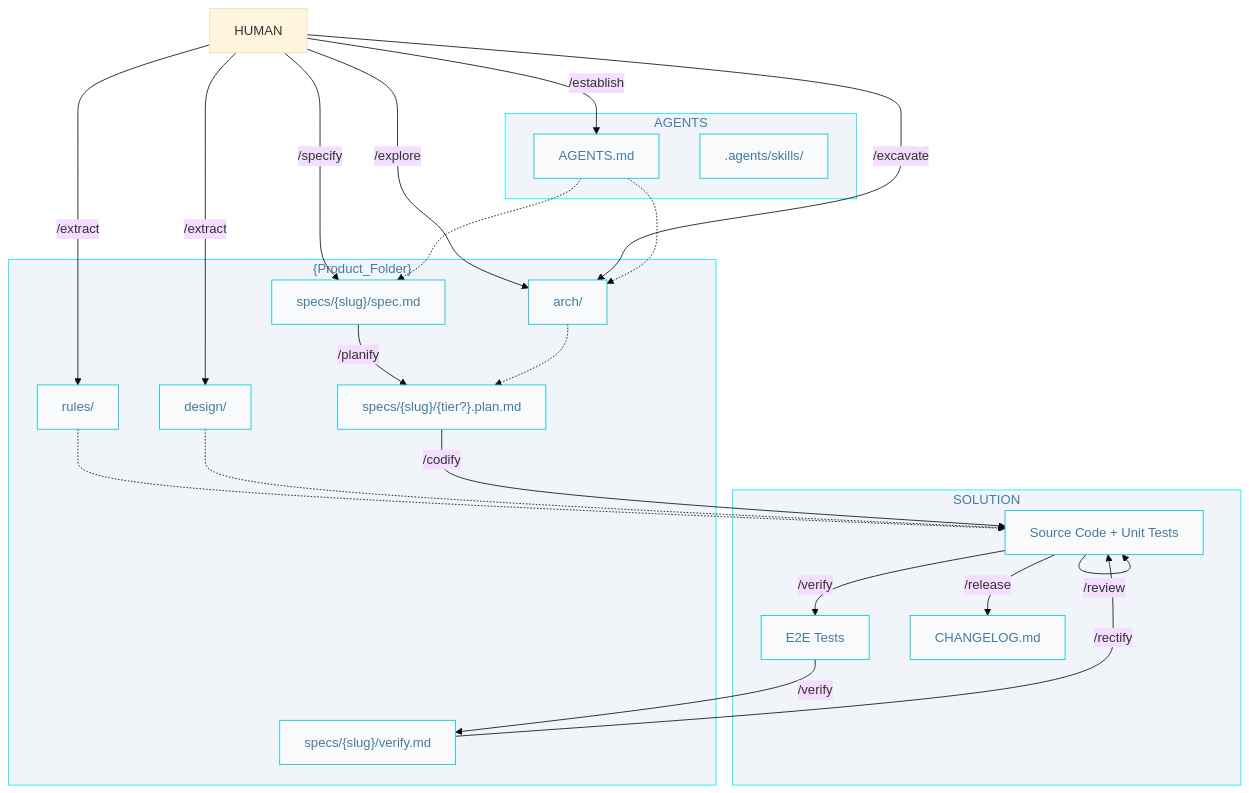
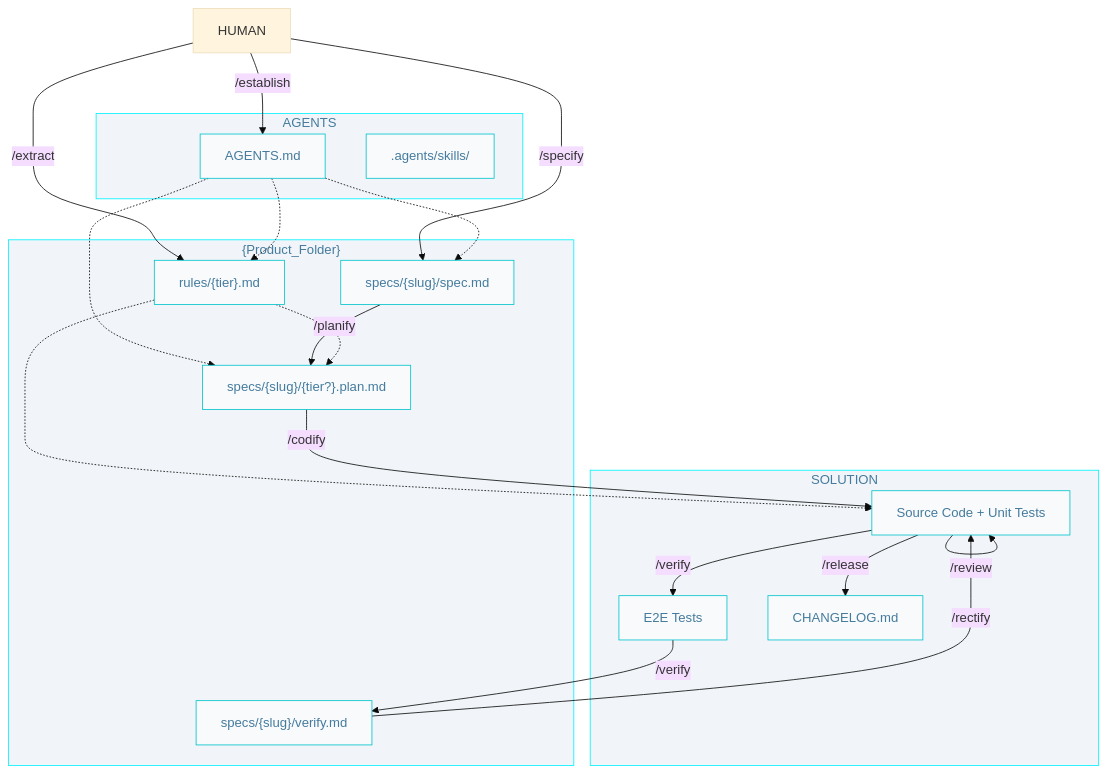
Before and after one commit to AIDDbot/AIDDbot: the diagram in docs/AIDD.workflow.md, drawn with Mermaid (base theme). The commit also changed other lines of this file and 23 other files, not shown here.

````diff
--- a/docs/AIDD.workflow.md
+++ b/docs/AIDD.workflow.md
@@ -3,49 +3,44 @@
 ```mermaid
 flowchart TD
   classDef nd fill:#f8fafc,stroke:#00c4cc,color:#457b9d
   classDef sg fill:#f1f5f9,stroke:#00f2ff,color:#457b9d 
 
   HUM[HUMAN]
 
   subgraph P["{Product_Folder}"]
       SPC["specs/{slug}/spec.md"]:::nd
       PLN["specs/{slug}/{tier?}.plan.md"]:::nd
       VER["specs/{slug}/verify.md"]:::nd
-      ARC["arch/"]:::nd
-      RUL["rules/"]:::nd
-      DES["design/"]:::nd
+      RUL["rules/{tier}.md"]:::nd
   end
 
   subgraph A["AGENTS"]
       AGT["AGENTS.md"]:::nd
       SKL[".agents/skills/"]:::nd
   end  
 
   subgraph S["SOLUTION"]
       COD["Source Code + Unit Tests"]:::nd
       E2E["E2E Tests"]:::nd
       CHL["CHANGELOG.md"]:::nd
   end
 
   HUM -->|/establish| AGT
-  HUM -->|/explore| ARC
-  HUM -->|/excavate| ARC
   HUM -->|/extract| RUL
   HUM -->|/specify| SPC
-  HUM -->|/extract| DES
   AGT -.-> SPC  
-  AGT -.-> ARC
+  AGT -.-> RUL
+  AGT -.-> PLN
   RUL -.-> COD  
   SPC -->|/planify| PLN
-  ARC -.-> PLN
-  DES -.-> COD
+  RUL -.-> PLN
 
   PLN -->|/codify| COD
   COD -->|/verify| E2E
   E2E -->|/verify| VER
   VER -->|/rectify| COD
   COD -->|/review| COD
   COD -->|/release| CHL
 
   class P,A,S sg
 ```
````
